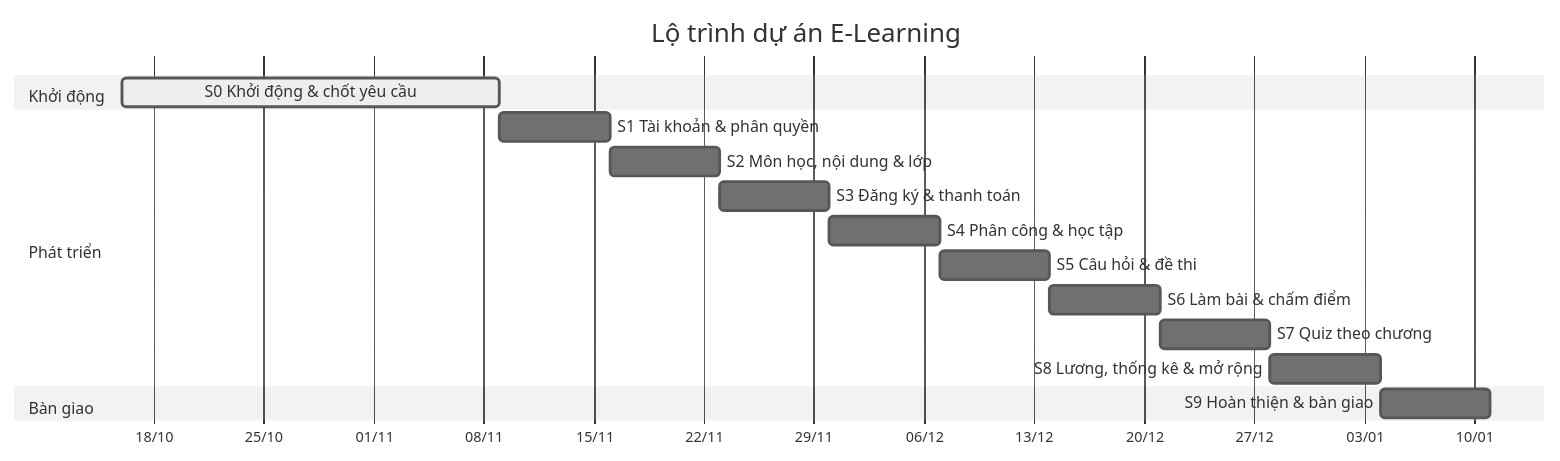
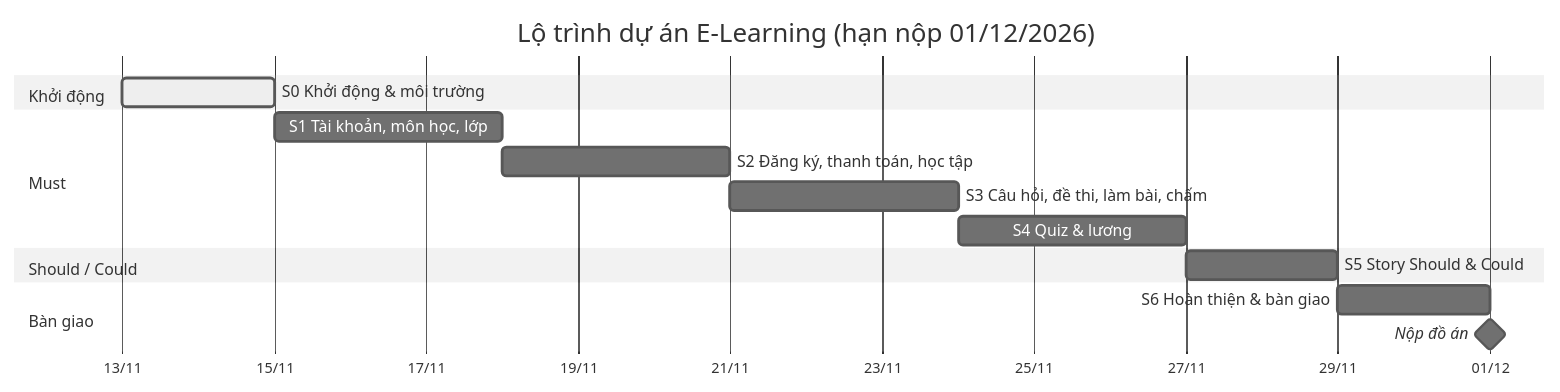
Before and after one commit to Chaos098/E-learning-Project: the diagram in PLAN.md, drawn with Mermaid (neutral theme). The commit also changed other lines of this file and 2 other files, not shown here.

First line of the commit message:
docs: update requirement, ERD and plan to v1.1 for the 01/12 deadline

````diff
--- a/PLAN.md
+++ b/PLAN.md
@@ -35,19 +33,18 @@
 ```mermaid
 gantt
-    title Lộ trình dự án E-Learning
+    title Lộ trình dự án E-Learning (hạn nộp 01/12/2026)
     dateFormat YYYY-MM-DD
     axisFormat %d/%m
     section Khởi động
-    S0 Khởi động & chốt yêu cầu        :active, s0, 2026-10-16, 2026-11-09
-    section Phát triển
-    S1 Tài khoản & phân quyền          :s1, 2026-11-09, 7d
-    S2 Môn học, nội dung & lớp         :s2, after s1, 7d
-    S3 Đăng ký & thanh toán            :s3, after s2, 7d
-    S4 Phân công & học tập             :s4, after s3, 7d
-    S5 Câu hỏi & đề thi                :s5, after s4, 7d
-    S6 Làm bài & chấm điểm             :s6, after s5, 7d
-    S7 Quiz theo chương                :s7, after s6, 7d
-    S8 Lương, thống kê & mở rộng       :s8, after s7, 7d
+    S0 Khởi động & môi trường             :active, s0, 2026-11-13, 2d
+    section Must
+    S1 Tài khoản, môn học, lớp            :s1, 2026-11-15, 3d
+    S2 Đăng ký, thanh toán, học tập       :s2, after s1, 3d
+    S3 Câu hỏi, đề thi, làm bài, chấm     :s3, after s2, 3d
+    S4 Quiz & lương                       :s4, after s3, 3d
+    section Should / Could
+    S5 Story Should & Could               :s5, after s4, 2d
     section Bàn giao
-    S9 Hoàn thiện & bàn giao           :s9, after s8, 7d
+    S6 Hoàn thiện & bàn giao              :s6, after s5, 2d
+    Nộp đồ án                             :milestone, 2026-12-01, 0d
 ```
````
